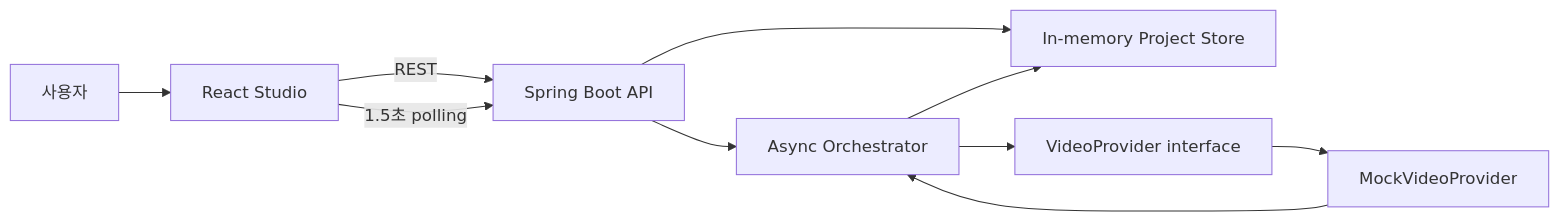
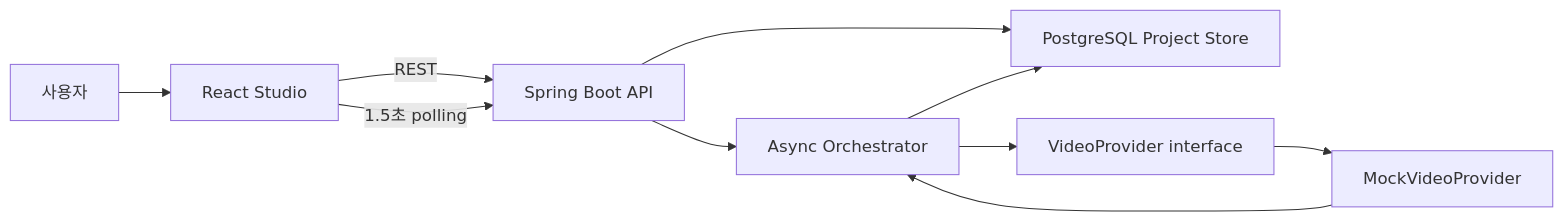
The diagram in PORTFOLIO.md (up-honey/AiAutoMvMaker), drawn with Mermaid before and after one commit. The commit also changed other lines of this file and 17 other files, not shown here.

````diff
--- a/PORTFOLIO.md
+++ b/PORTFOLIO.md
@@ -45,12 +46,12 @@
 ```mermaid
 flowchart LR
     USER["사용자"] --> UI["React Studio"]
     UI -->|REST| API["Spring Boot API"]
-    API --> STORE["In-memory Project Store"]
+    API --> STORE["PostgreSQL Project Store"]
     API --> WORKER["Async Orchestrator"]
     WORKER --> CONTRACT["VideoProvider interface"]
     CONTRACT --> MOCK["MockVideoProvider"]
     MOCK --> WORKER
     WORKER --> STORE
     UI -->|1.5초 polling| API
 ```
````
